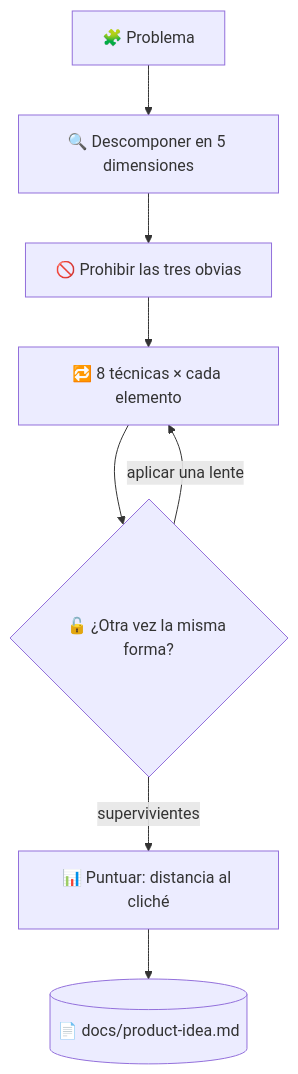
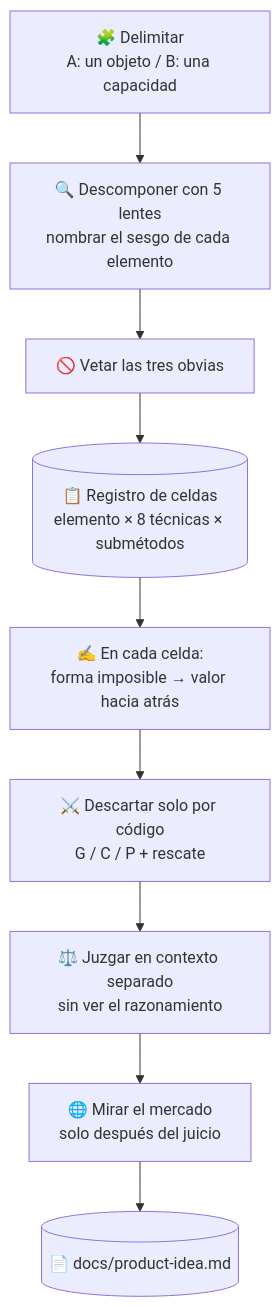
The diagram in skills/superforge-brain/README.es.md (takaoumehara/superforge-skill), drawn with Mermaid before and after one commit. The commit also changed other lines of this file and 71 other files, not shown here.

````diff
--- a/skills/superforge-brain/README.es.md
+++ b/skills/superforge-brain/README.es.md
@@ -23,10 +27,11 @@
 ```mermaid
 flowchart TD
-    P[🧩 Problema] --> A[🔍 Descomponer en 5 dimensiones]
-    A --> B[🚫 Prohibir las tres obvias]
-    B --> C[🔁 8 técnicas × cada elemento]
-    C --> E{🔓 ¿Otra vez la misma forma?}
-    E -->|aplicar una lente| C
-    E -->|supervivientes| F[📊 Puntuar: distancia al cliché]
-    F --> G[(📄 docs/product-idea.md)]
+    A[🧩 Delimitar<br/>A: un objeto / B: una capacidad] --> B[🔍 Descomponer con 5 lentes<br/>nombrar el sesgo de cada elemento]
+    B --> C[🚫 Vetar las tres obvias]
+    C --> D[(📋 Registro de celdas<br/>elemento × 8 técnicas × submétodos)]
+    D --> E[✍️ En cada celda:<br/>forma imposible → valor hacia atrás]
+    E --> F[⚔️ Descartar solo por código<br/>G / C / P + rescate]
+    F --> G[⚖️ Juzgar en contexto separado<br/>sin ver el razonamiento]
+    G --> H[🌐 Mirar el mercado<br/>solo después del juicio]
+    H --> I[(📄 docs/product-idea.md)]
 ```
````
